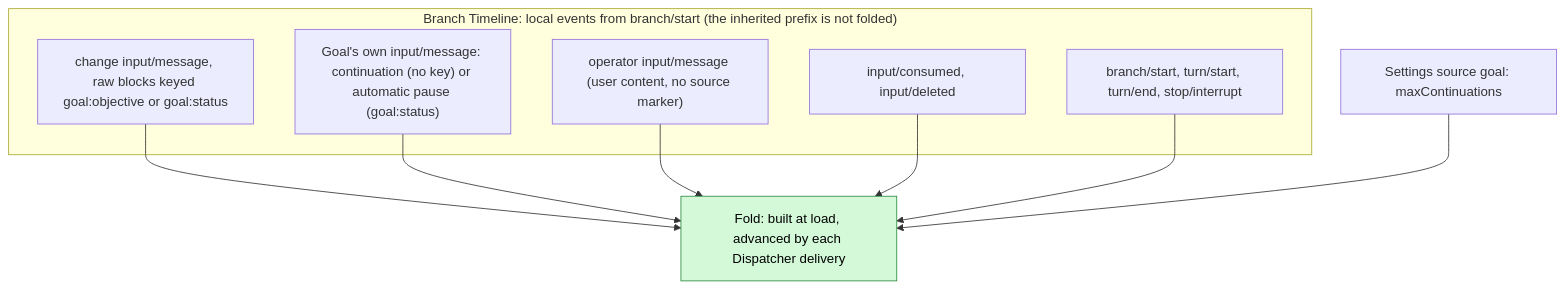
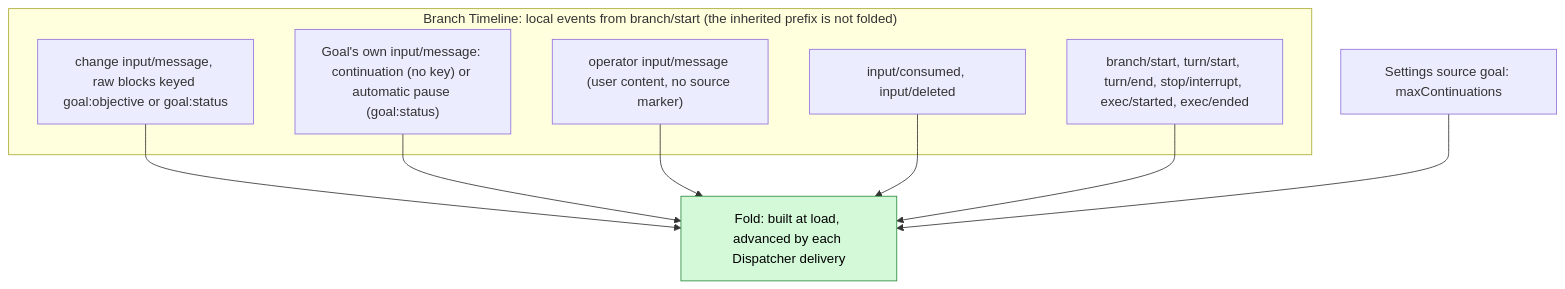
One commit to CoutinhoTTS/dim-agent changed the second of 7 diagrams in docs/design/plugins/Goal.md. Above: the diagram before and after it, drawn with Mermaid. The commit also changed other lines of this file and 9 other files, not shown here.

````diff
--- a/docs/design/plugins/Goal.md
+++ b/docs/design/plugins/Goal.md
@@ -49,19 +49,19 @@
 ```mermaid
 flowchart TB
   subgraph TLB["Branch Timeline: local events from branch/start (the inherited prefix is not folded)"]
     GBK["change input/message, raw blocks keyed goal:objective or goal:status"]
     CI["Goal's own input/message: continuation (no key) or automatic pause (goal:status)"]
     OI["operator input/message (user content, no source marker)"]
     IC["input/consumed, input/deleted"]
-    TE["branch/start, turn/start, turn/end, stop/interrupt"]
+    TE["branch/start, turn/start, turn/end, stop/interrupt, exec/started, exec/ended"]
   end
   CFG["Settings source goal: maxContinuations"]
   VIEW["Fold: built at load, advanced by each Dispatcher delivery"]:::new
   GBK --> VIEW
   CI --> VIEW
   OI --> VIEW
   IC --> VIEW
   TE --> VIEW
   CFG --> VIEW
   classDef new fill:#d3f9d8,stroke:#2b8a3e,color:#000
 ```
````
